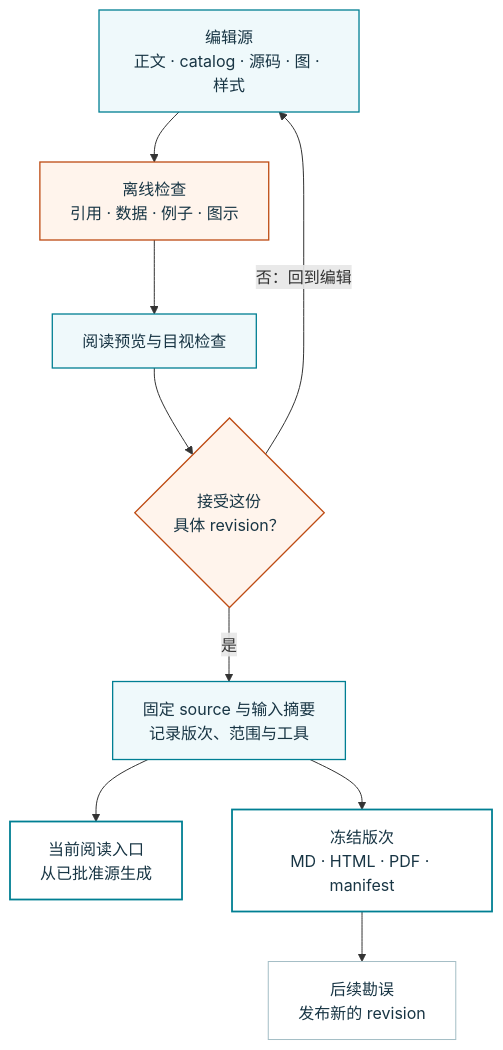
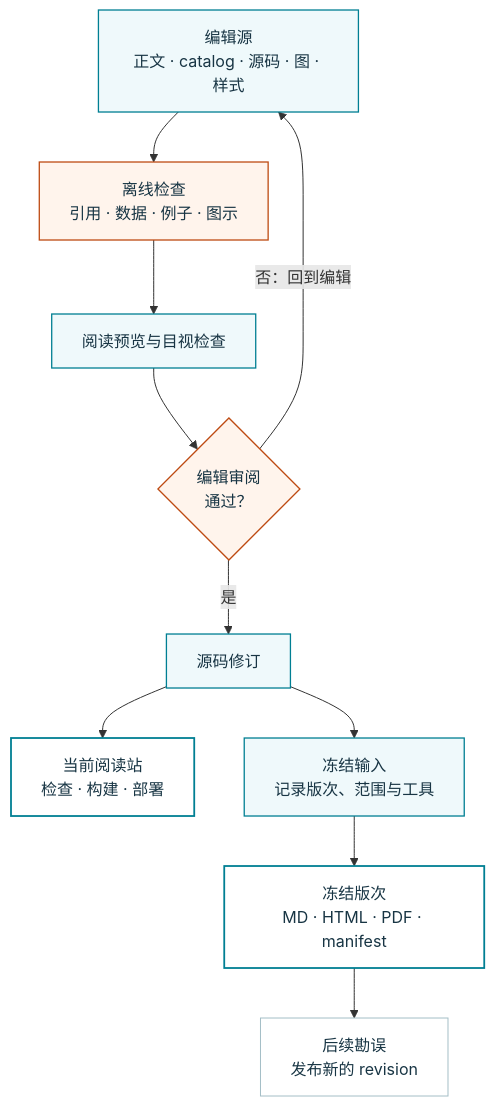
Before and after one commit to IndelibleVivi/cf-fieldbook: the diagram in diagrams/src/publication.mmd, drawn with Mermaid. The commit also changed 33 other files, not shown here.

```diff
--- a/diagrams/src/publication.mmd
+++ b/diagrams/src/publication.mmd
@@ -1,16 +1,17 @@
 flowchart TB
   accTitle: 一条不回写编辑源的出版链
-  accDescr: 精确源码输入经过离线检查和阅读预览，由作者接受后固定版本与输入摘要，生成当前阅读和冻结版次。后续勘误创建新修订，不使历史报告重新读取实时事实。完整版次锁与网站发布仍待实施。
+  accDescr: 编辑源经检查与预览后进入可引用的源码修订。网站从源码修订构建并部署；独立的版次冻结固定输入后生成出版物。后续勘误创建新修订，不使历史报告重新读取实时事实。
   A[编辑源<br/>正文 · catalog · 源码 · 图 · 样式]:::content
   A --> B[离线检查<br/>引用 · 数据 · 例子 · 图示]:::gate
   B --> C[阅读预览与目视检查]:::content
-  C --> D{接受这份<br/>具体 revision？}:::gate
+  C --> D{编辑审阅<br/>通过？}:::gate
   D -->|否：回到编辑| A
-  D -->|是| E[固定 source 与输入摘要<br/>记录版次、范围与工具]:::content
-  E --> F[当前阅读入口<br/>从已批准源生成]:::output
+  D -->|是| R[源码修订]:::content
+  R --> F[当前阅读站<br/>检查 · 构建 · 部署]:::output
+  R --> E[冻结输入<br/>记录版次、范围与工具]:::content
   E --> G[冻结版次<br/>MD · HTML · PDF · manifest]:::output
   G --> H[后续勘误<br/>发布新的 revision]:::source
   classDef source fill:#FFFFFF,stroke:#A4BEC6,color:#183544,stroke-width:1px
   classDef content fill:#EFF9FB,stroke:#007F93,color:#183544,stroke-width:1.3px
   classDef gate fill:#FFF4EC,stroke:#BE4B13,color:#183544,stroke-width:1.3px
   classDef output fill:#FFFFFF,stroke:#007F93,color:#183544,stroke-width:1.8px
```
